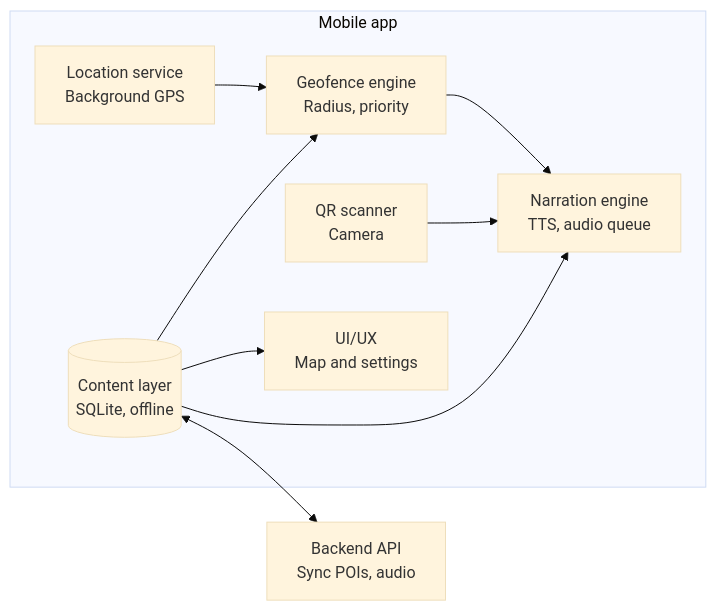
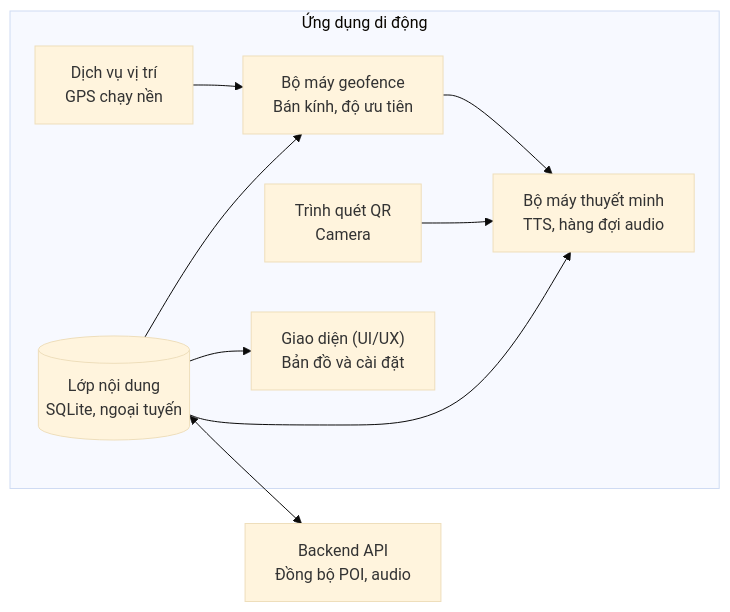
Before and after one commit to AiraLeFatale/CongNghePhanMem_Project: the second of 6 diagrams in README.md, drawn with Mermaid (base theme). The commit also changed other lines of this file and 11 other files, not shown here.

````diff
--- a/README.md
+++ b/README.md
@@ -65,20 +67,20 @@
 ```mermaid
 flowchart LR
-    subgraph MOBILE["Mobile app"]
-        LOC["Location service<br/>Background GPS"]
-        QR["QR scanner<br/>Camera"]
-        GEO["Geofence engine<br/>Radius, priority"]
-        NAR["Narration engine<br/>TTS, audio queue"]
-        UI["UI/UX<br/>Map and settings"]
-        CONTENT[("Content layer<br/>SQLite, offline")]
+    subgraph MOBILE["Ứng dụng di động"]
+        LOC["Dịch vụ vị trí<br/>GPS chạy nền"]
+        QR["Trình quét QR<br/>Camera"]
+        GEO["Bộ máy geofence<br/>Bán kính, độ ưu tiên"]
+        NAR["Bộ máy thuyết minh<br/>TTS, hàng đợi audio"]
+        UI["Giao diện (UI/UX)<br/>Bản đồ và cài đặt"]
+        CONTENT[("Lớp nội dung<br/>SQLite, ngoại tuyến")]
     end
-    API["Backend API<br/>Sync POIs, audio"]
+    API["Backend API<br/>Đồng bộ POI, audio"]
 
     LOC --> GEO
     GEO --> NAR
     QR --> NAR
     CONTENT --> GEO
     CONTENT --> UI
     CONTENT --> NAR
     CONTENT <--> API
 ```
````
